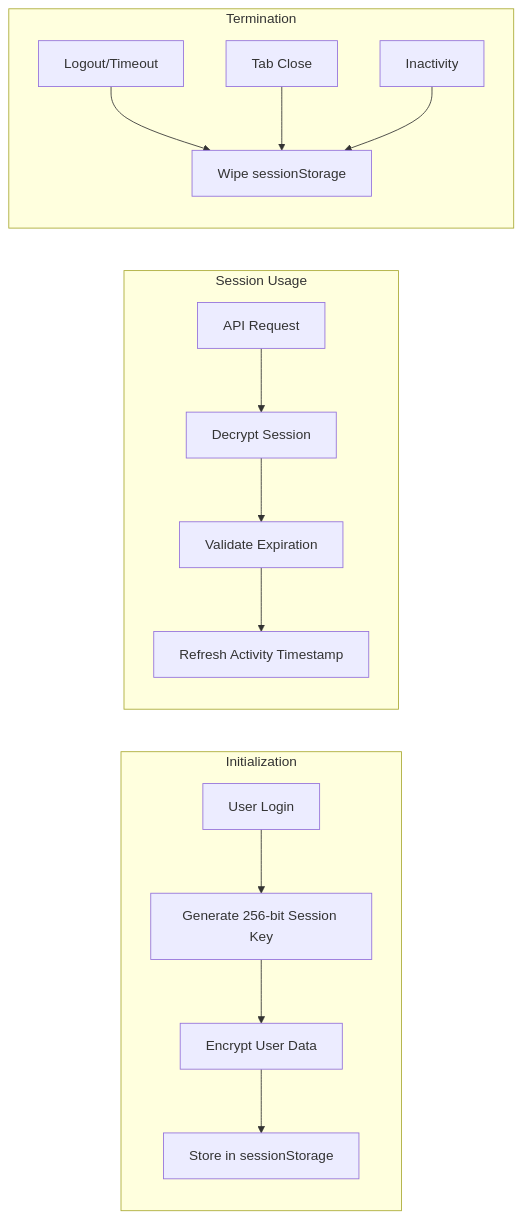
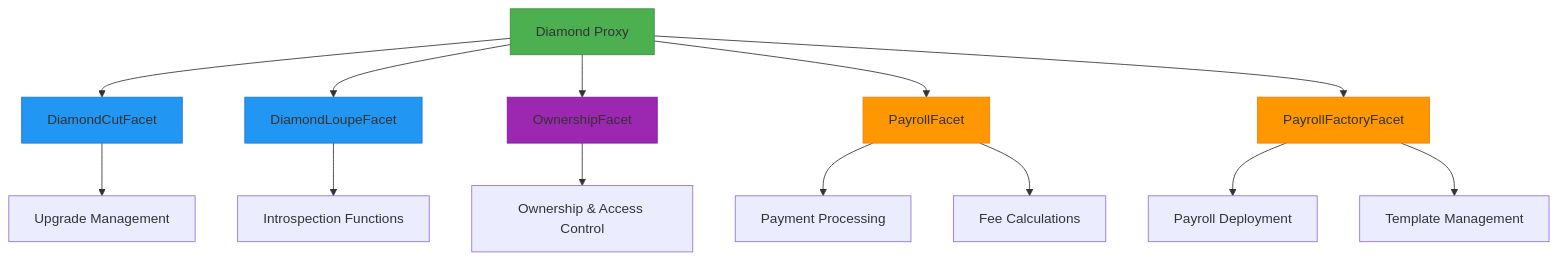
The first of 2 diagrams in README.md (StrimzOnCelo/payroll_frontendv1), drawn with Mermaid before and after one commit. The commit also changed other lines of this file and 54 other files, not shown here.

````diff
--- a/README.md
+++ b/README.md
@@ -71,20 +32,31 @@
 ```mermaid
-flowchart LR
-    subgraph Initialization
-        A[User Login] --> B[Generate 256-bit Session Key]
-        B --> C[Encrypt User Data]
-        C --> D[Store in sessionStorage]
-    end
+graph TD
+    A[Diamond Proxy] --> B[DiamondCutFacet]
+    A --> C[DiamondLoupeFacet]
+    A --> D[OwnershipFacet]
+    A --> E[PayrollFacet]
+    A --> F[PayrollFactoryFacet]
     
-    subgraph Session Usage
-        E[API Request] --> F[Decrypt Session]
-        F --> G[Validate Expiration]
-        G --> H[Refresh Activity Timestamp]
-    end
+    B --> G[Upgrade Management]
+    C --> H[Introspection Functions]
+    D --> I[Ownership & Access Control]
+    E --> J[Payment Processing]
+    E --> K[Fee Calculations]
+    F --> L[Payroll Deployment]
+    F --> M[Template Management]
     
-    subgraph Termination
-        I[Logout/Timeout] --> J[Wipe sessionStorage]
-        K[Tab Close] --> J
-        L[Inactivity] --> J
-    end
+    style A fill:#4CAF50,stroke:#388E3C
+    style B fill:#2196F3,stroke:#1976D2
+    style C fill:#2196F3,stroke:#1976D2
+    style D fill:#9C27B0,stroke:#7B1FA2
+    style E fill:#FF9800,stroke:#F57C00
+    style F fill:#FF9800,stroke:#F57C00
+    
+    classDef standard fill:#2196F3,stroke:#1976D2;
+    classDef security fill:#9C27B0,stroke:#7B1FA2;
+    classDef payroll fill:#FF9800,stroke:#F57C00;
+    
+    class B,C standard
+    class D security
+    class E,F payroll
 ```
````
